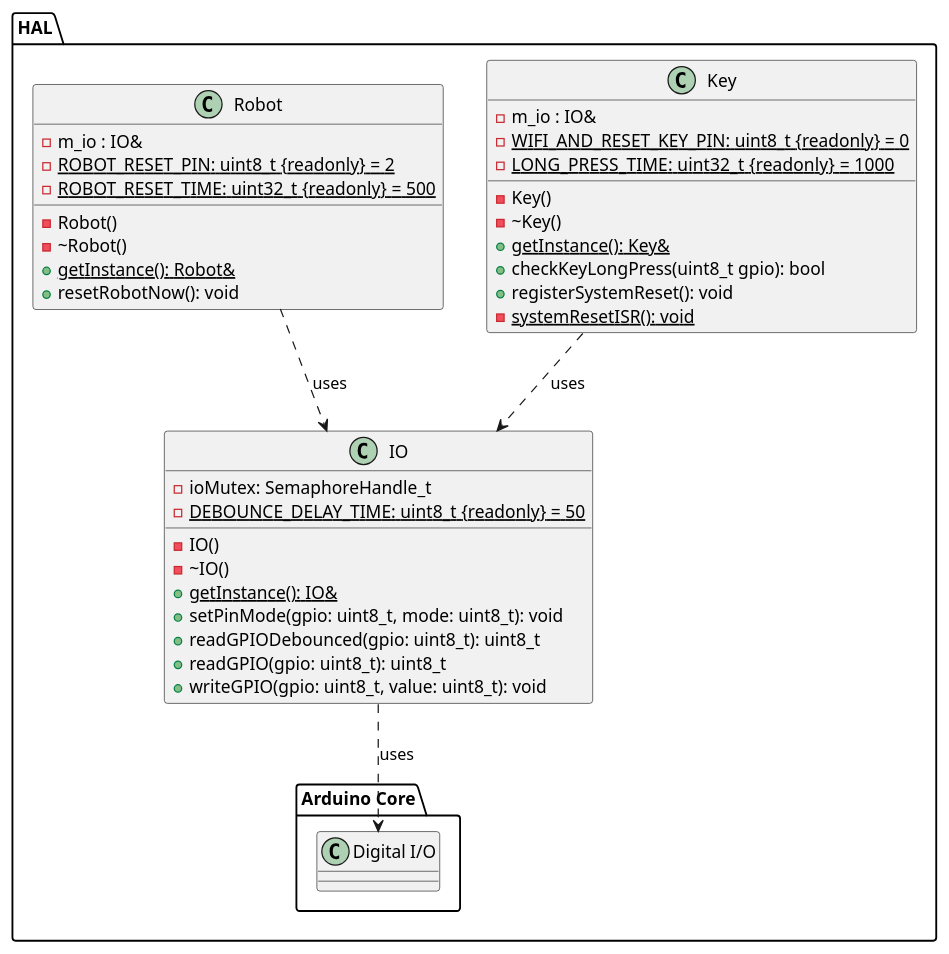
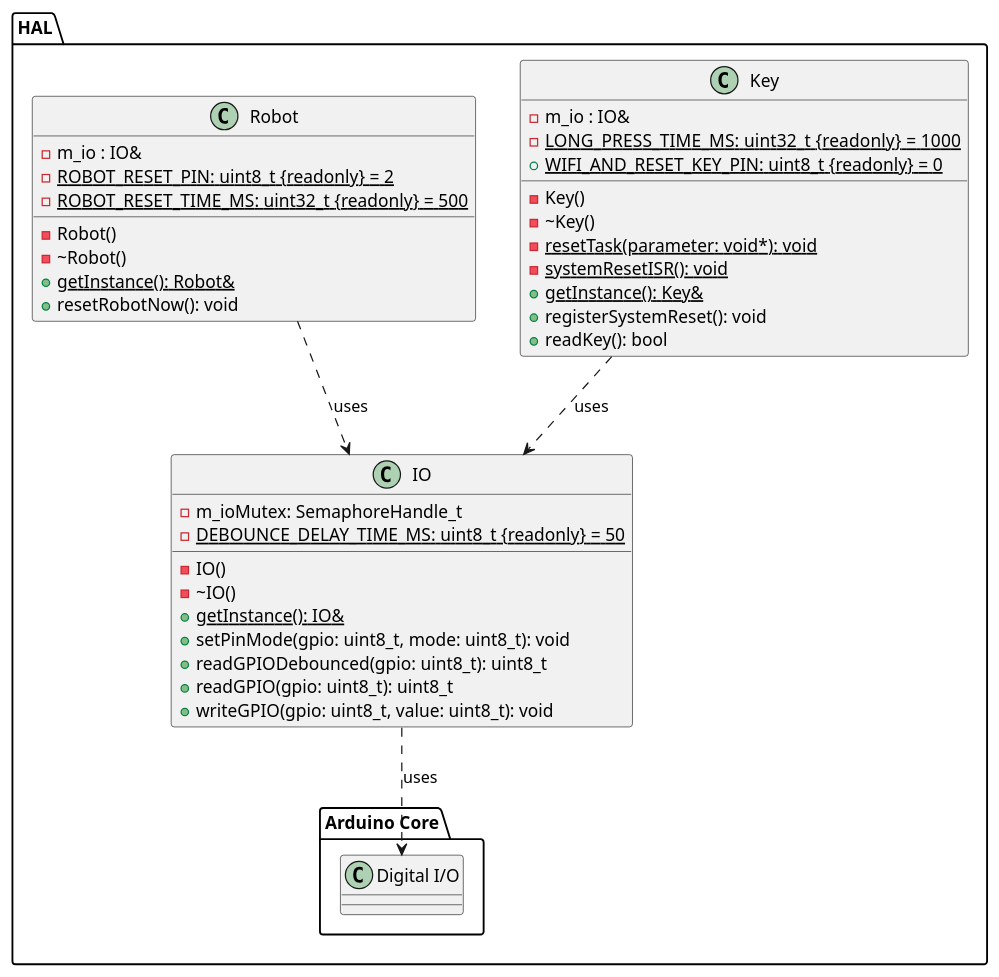
One commit to NewTec-GmbH/ZumoComSystem changed the diagram in doc/design/server/ClassDiagrams/01_HAL.plantuml. Above: the diagram before and after it, drawn with PlantUML. The commit also changed 1 other file, not shown here.

Commit message:
Update design diagrams

```diff
--- a/doc/design/server/ClassDiagrams/01_HAL.plantuml
+++ b/doc/design/server/ClassDiagrams/01_HAL.plantuml
@@ -1,49 +1,50 @@
 @startuml
 package HAL
 {
     package "Arduino Core"
     {
         class "Digital I/O" as ArduinoIO
     }
 
     class IO
     {
-        - ioMutex: SemaphoreHandle_t
-        {static} - DEBOUNCE_DELAY_TIME: uint8_t {readonly} = 50
+        - m_ioMutex: SemaphoreHandle_t
+        {static} - DEBOUNCE_DELAY_TIME_MS: uint8_t {readonly} = 50
         - IO()
         - ~IO()
         + {static} getInstance(): IO&
         + setPinMode(gpio: uint8_t, mode: uint8_t): void
         + readGPIODebounced(gpio: uint8_t): uint8_t
         + readGPIO(gpio: uint8_t): uint8_t
         + writeGPIO(gpio: uint8_t, value: uint8_t): void
     }
     IO  ..> ArduinoIO : uses
 
     class Key
     {
         - m_io : IO&
-        {static} - WIFI_AND_RESET_KEY_PIN: uint8_t {readonly} = 0
-        {static} - LONG_PRESS_TIME: uint32_t {readonly}  = 1000
+        {static} - LONG_PRESS_TIME_MS: uint32_t {readonly}  = 1000
+        {static} + WIFI_AND_RESET_KEY_PIN: uint8_t {readonly} = 0
         - Key()
         - ~Key()
+        - {static} resetTask(parameter: void*): void
+        - {static} systemResetISR(): void
         {static} + getInstance(): Key&
-        + checkKeyLongPress(uint8_t gpio): bool
         + registerSystemReset(): void
-        - {static} systemResetISR(): void
+        + readKey(): bool
     }
     Key ..> IO : uses
 
     class Robot
     {
         - m_io : IO&
         {static} - ROBOT_RESET_PIN: uint8_t {readonly} = 2
-        {static} - ROBOT_RESET_TIME: uint32_t {readonly} = 500
+        {static} - ROBOT_RESET_TIME_MS: uint32_t {readonly} = 500
         - Robot()
         - ~Robot()
         {static} + getInstance(): Robot&
         + resetRobotNow(): void
     }
     Robot ..> IO : uses
 }
 @enduml
```
